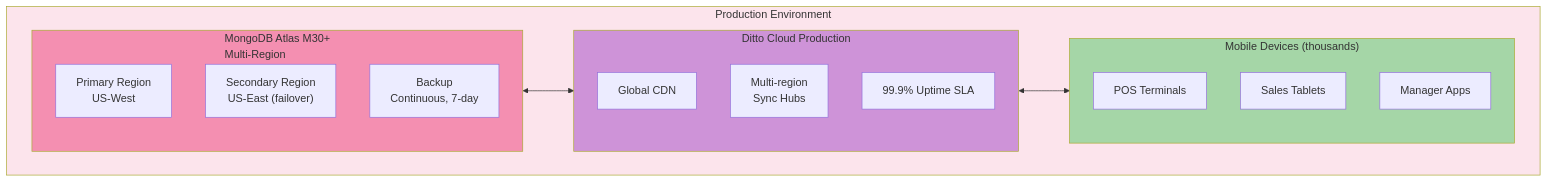
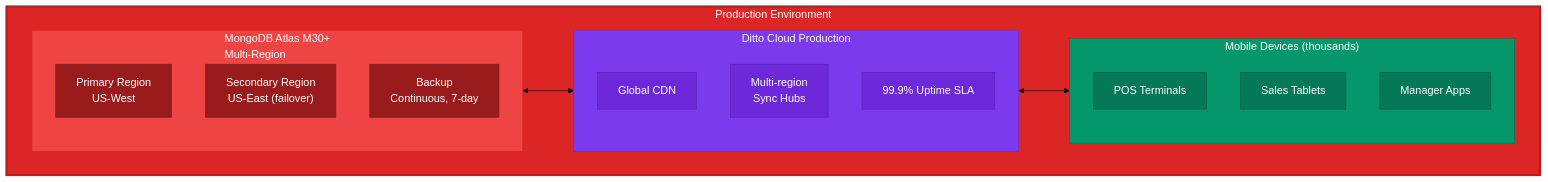
One commit to ditto-examples/retail-demo-zava-dyi-dataset changed the ninth of 9 diagrams in docs/ARCHITECTURE.md. Above: the diagram before and after it, drawn with Mermaid. The commit also changed other lines of this file and 2 other files, not shown here.

Commit message:
feat: fixed diagram rendering colors

````diff
--- a/docs/ARCHITECTURE.md
+++ b/docs/ARCHITECTURE.md
@@ -892,30 +898,40 @@
 ```mermaid
+%%{init: {'theme':'base', 'themeVariables': { 'primaryColor':'#2563eb','primaryTextColor':'#fff','primaryBorderColor':'#1e40af'}}}%%
 graph TB
     subgraph prod["Production Environment"]
         subgraph atlas_prod["MongoDB Atlas M30+<br/>Multi-Region"]
             primary["Primary Region<br/>US-West"]
             secondary["Secondary Region<br/>US-East (failover)"]
             backup["Backup<br/>Continuous, 7-day"]
         end
 
         subgraph ditto_prod["Ditto Cloud Production"]
             cdn["Global CDN"]
             sync_hubs["Multi-region<br/>Sync Hubs"]
             sla["99.9% Uptime SLA"]
         end
 
         subgraph devices_prod["Mobile Devices (thousands)"]
             pos["POS Terminals"]
             tablets["Sales Tablets"]
             manager["Manager Apps"]
         end
     end
 
     atlas_prod <--> ditto_prod
     ditto_prod <--> devices_prod
 
-    style prod fill:#fce4ec
-    style atlas_prod fill:#f48fb1
-    style ditto_prod fill:#ce93d8
-    style devices_prod fill:#a5d6a7
+    style prod fill:#dc2626,stroke:#b91c1c,stroke-width:3px,color:#fff
+    style atlas_prod fill:#ef4444,stroke:#dc2626,color:#fff
+    style ditto_prod fill:#7c3aed,stroke:#6d28d9,color:#fff
+    style devices_prod fill:#059669,stroke:#047857,color:#fff
+    style primary fill:#991b1b,stroke:#7f1d1d,color:#fff
+    style secondary fill:#991b1b,stroke:#7f1d1d,color:#fff
+    style backup fill:#991b1b,stroke:#7f1d1d,color:#fff
+    style cdn fill:#6d28d9,stroke:#5b21b6,color:#fff
+    style sync_hubs fill:#6d28d9,stroke:#5b21b6,color:#fff
+    style sla fill:#6d28d9,stroke:#5b21b6,color:#fff
+    style pos fill:#047857,stroke:#065f46,color:#fff
+    style tablets fill:#047857,stroke:#065f46,color:#fff
+    style manager fill:#047857,stroke:#065f46,color:#fff
 ```
````
